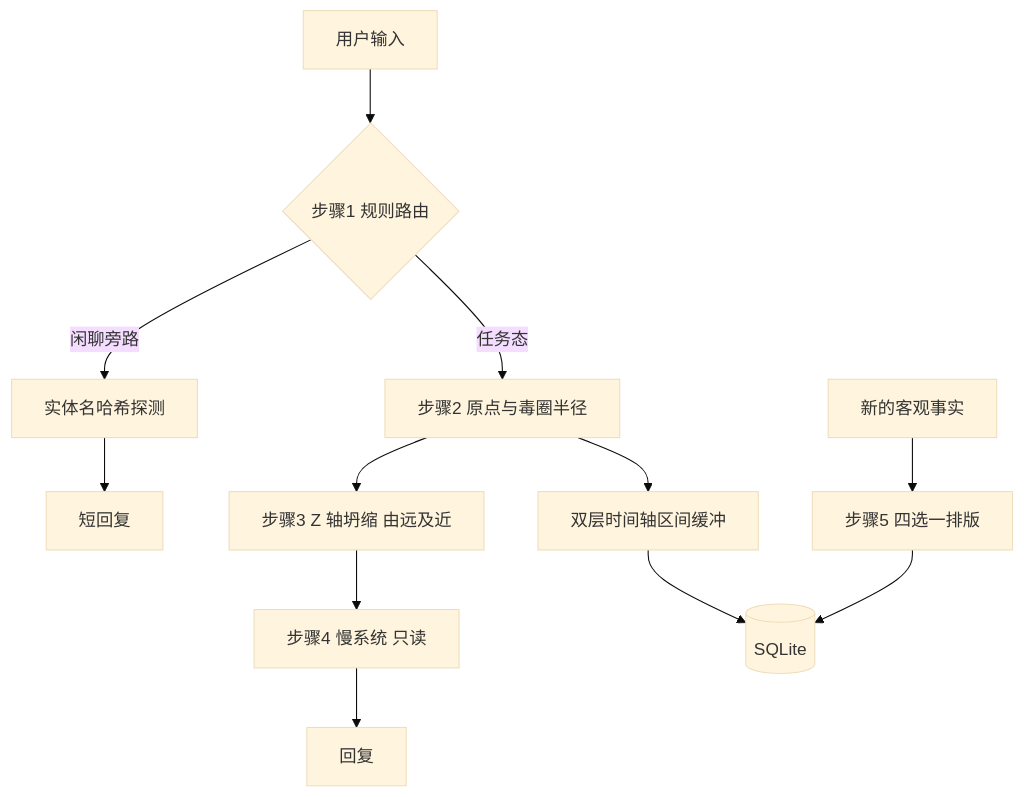
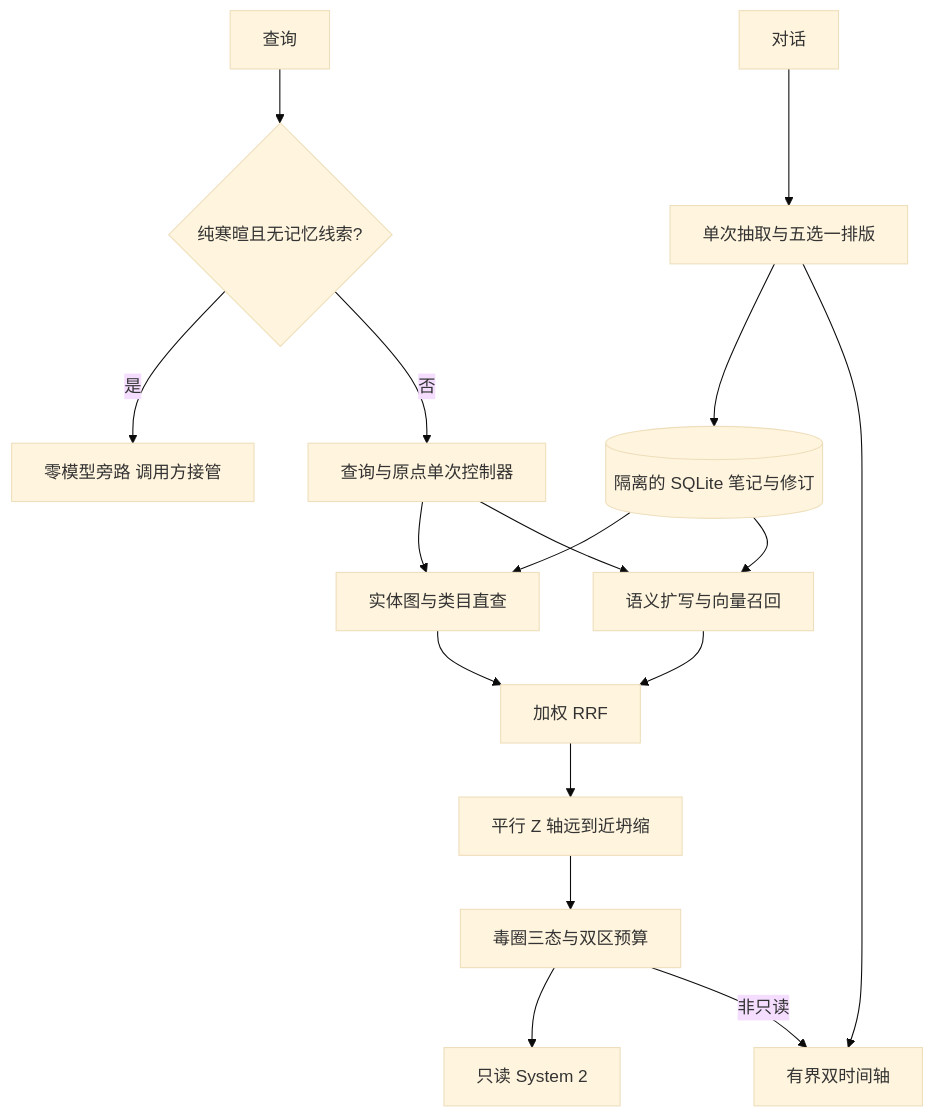
Before and after one commit to songhangze985-eng/agent-memory-engine: the diagram in README.md, drawn with Mermaid (base theme). The commit also changed other lines of this file and 33 other files, not shown here.

````diff
--- a/README.md
+++ b/README.md
@@ -9,14 +7,19 @@
 ```mermaid
 flowchart TD
-  Q[用户输入] --> R{步骤1 规则路由}
-  R -->|闲聊旁路| H[实体名哈希探测]
-  H --> C[短回复]
-  R -->|任务态| O[步骤2 原点与毒圈半径]
-  O --> TL[双层时间轴区间缓冲]
-  O --> Z[步骤3 Z 轴坍缩 由远及近]
-  Z --> S[步骤4 慢系统 只读]
-  S --> A[回复]
-  F[新的客观事实] --> N[步骤5 四选一排版]
-  N --> DB[(SQLite)]
-  TL --> DB
+  Q[查询] --> R{纯寒暄且无记忆线索?}
+  R -->|是| B[零模型旁路 调用方接管]
+  R -->|否| C[查询与原点单次控制器]
+  C --> H[实体图与类目直查]
+  C --> V[语义扩写与向量召回]
+  H --> F[加权 RRF]
+  V --> F
+  F --> Z[平行 Z 轴远到近坍缩]
+  Z --> P[毒圈三态与双区预算]
+  P --> S[只读 System 2]
+  T[对话] --> W[单次抽取与五选一排版]
+  W --> D[(隔离的 SQLite 笔记与修订)]
+  D --> H
+  D --> V
+  W --> L[有界双时间轴]
+  P -->|非只读| L
 ```
````
